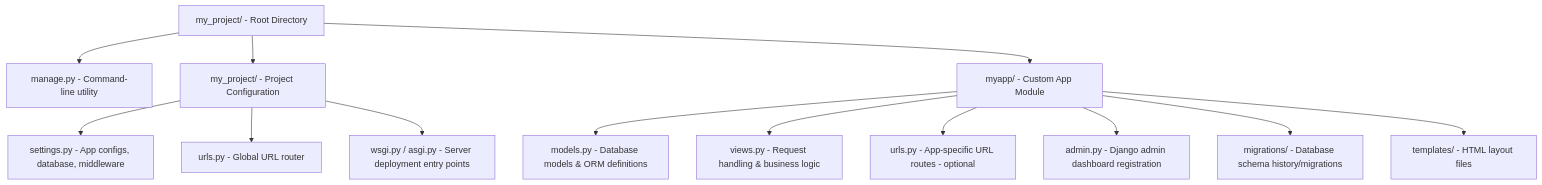
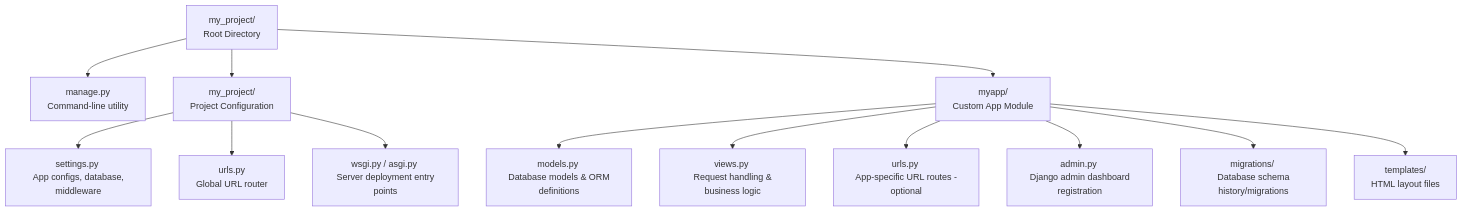
One commit to matt2ology/tech-journal-and-blog changed the third of 3 diagrams in synthesis/courses/django-6-the-big-picture/00-django-6-the-big-picture-synthesis.md. Above: the diagram before and after it, drawn with Mermaid.

Commit message:
fix: improve flowchart formatting for better readability in Django project structure

````diff
--- a/synthesis/courses/django-6-the-big-picture/00-django-6-the-big-picture-synthesis.md
+++ b/synthesis/courses/django-6-the-big-picture/00-django-6-the-big-picture-synthesis.md
@@ -92,31 +92,31 @@
 ```mermaid
 flowchart TD
-    root["my_project/ - Root Directory"]
-    manage["manage.py - Command-line utility"]
-    projConfig["my_project/ - Project Configuration"]
-    appDir["myapp/ - Custom App Module"]
+    root["my_project/ \n Root Directory"]
+    manage["manage.py \n Command-line utility"]
+    projConfig["my_project/ \n Project Configuration"]
+    appDir["myapp/ \n Custom App Module"]
 
-    settings["settings.py - App configs, database, middleware"]
-    projURLs["urls.py - Global URL router"]
-    wsgi["wsgi.py / asgi.py - Server deployment entry points"]
+    settings["settings.py \n App configs, database, middleware"]
+    projURLs["urls.py \n Global URL router"]
+    wsgi["wsgi.py / asgi.py \n Server deployment entry points"]
 
-    models["models.py - Database models & ORM definitions"]
-    views["views.py - Request handling & business logic"]
-    appURLs["urls.py - App-specific URL routes - optional"]
-    admin["admin.py - Django admin dashboard registration"]
-    migrations["migrations/ - Database schema history/migrations"]
-    templates["templates/ - HTML layout files"]
+    models["models.py \n Database models & ORM definitions"]
+    views["views.py \n Request handling & business logic"]
+    appURLs["urls.py \n App-specific URL routes - optional"]
+    admin["admin.py \n Django admin dashboard registration"]
+    migrations["migrations/ \n Database schema history/migrations"]
+    templates["templates/ \n HTML layout files"]
 
     root --> manage
     root --> projConfig
     root --> appDir
     projConfig --> settings
     projConfig --> projURLs
     projConfig --> wsgi
     appDir --> models
     appDir --> views
     appDir --> appURLs
     appDir --> admin
     appDir --> migrations
     appDir --> templates
 ```
````
